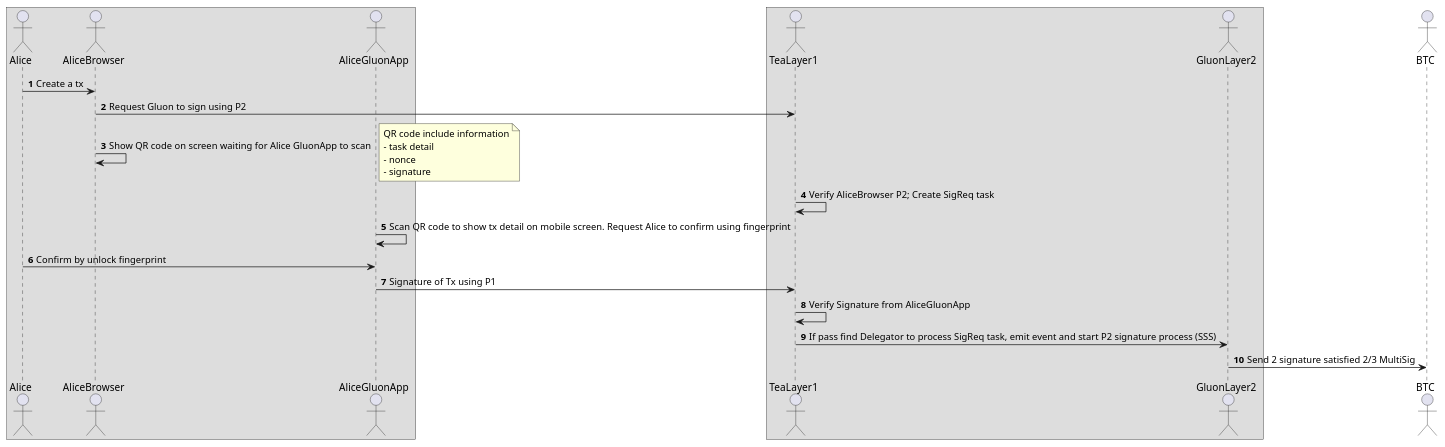
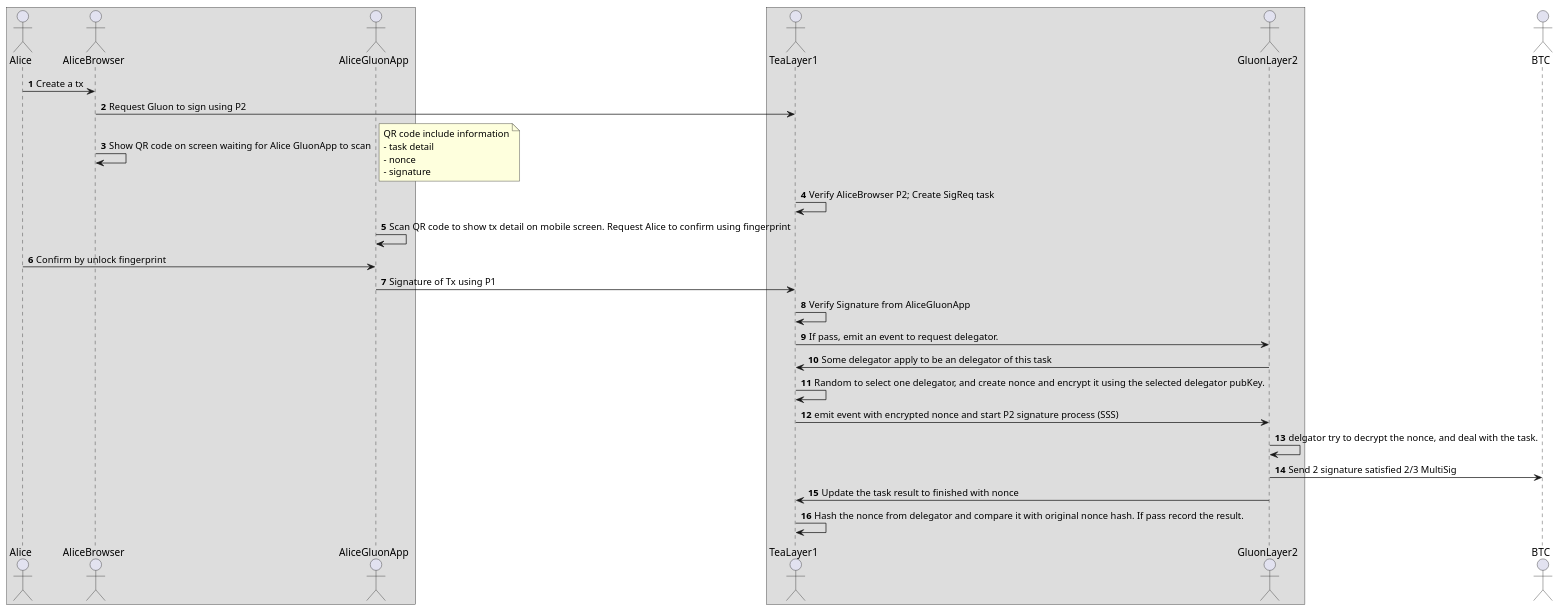
Before and after one commit to tearust/gluon-docs: the third of 4 diagrams in Design/Key_management_design.md, drawn with PlantUML.

Commit message:
Apply to be delegator of task

````diff
--- a/Design/Key_management_design.md
+++ b/Design/Key_management_design.md
@@ -204,34 +204,41 @@
 ```puml
 @startuml
 autonumber
 box
 actor Alice
 actor AliceBrowser
 actor AliceGluonApp
 endbox
 box
 actor TeaLayer1
 actor GluonLayer2
 endbox
 
 actor BTC
 
 Alice -> AliceBrowser: Create a tx
 AliceBrowser -> TeaLayer1: Request Gluon to sign using P2
 AliceBrowser -> AliceBrowser: Show QR code on screen waiting for Alice GluonApp to scan
 note right
 QR code include information
 - task detail
 - nonce
 - signature
 end note
 
 TeaLayer1 -> TeaLayer1: Verify AliceBrowser P2; Create SigReq task
 AliceGluonApp -> AliceGluonApp: Scan QR code to show tx detail on mobile screen. Request Alice to confirm using fingerprint
 Alice -> AliceGluonApp: Confirm by unlock fingerprint
 AliceGluonApp -> TeaLayer1: Signature of Tx using P1
 TeaLayer1 -> TeaLayer1: Verify Signature from AliceGluonApp
-TeaLayer1 -> GluonLayer2: If pass find Delegator to process SigReq task, emit event and start P2 signature process (SSS) 
+TeaLayer1 -> GluonLayer2: If pass, emit an event to request delegator.
+GluonLayer2 -> TeaLayer1: Some delegator apply to be an delegator of this task  
+
+TeaLayer1 -> TeaLayer1: Random to select one delegator, and create nonce and encrypt it using the selected delegator pubKey. 
+TeaLayer1 -> GluonLayer2: emit event with encrypted nonce and start P2 signature process (SSS) 
+GluonLayer2 -> GluonLayer2: delgator try to decrypt the nonce, and deal with the task.
 GluonLayer2 -> BTC: Send 2 signature satisfied 2/3 MultiSig
+GluonLayer2 -> TeaLayer1: Update the task result to finished with nonce
+TeaLayer1 -> TeaLayer1: Hash the nonce from delegator and compare it with original nonce hash. If pass record the result.
 @enduml
 ```
````
